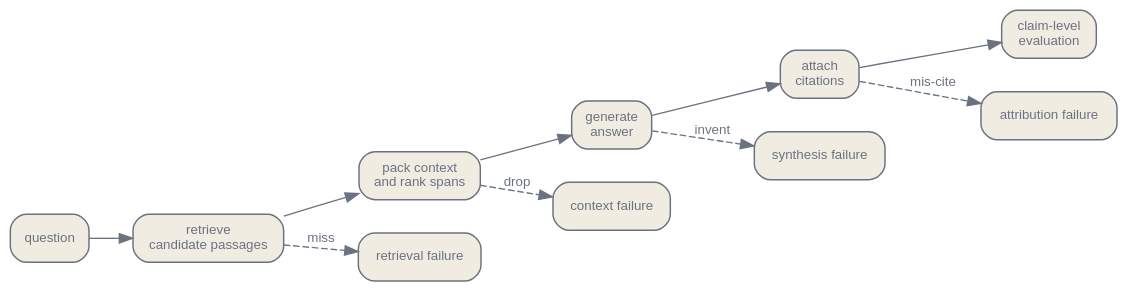
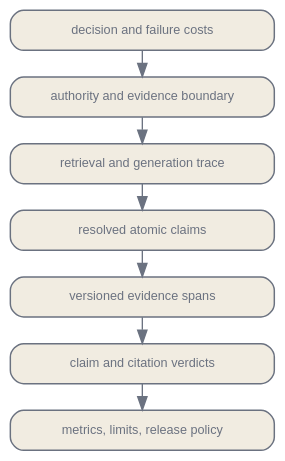
Before and after one commit to latere-ai/ai-as-an-infrastructure: the diagram in en/evaluation/05-factuality-grounding.qmd, drawn with Graphviz. The commit also changed other lines of this file and 5 other files, not shown here.

Commit message:
docs: rewrite factuality and grounding contract

````diff
--- a/en/evaluation/05-factuality-grounding.qmd
+++ b/en/evaluation/05-factuality-grounding.qmd
@@ -81,26 +72,19 @@
 ```{dot}
-//| label: fig-factuality-rag-failure
-//| fig-cap: "Grounded generation has separate failure surfaces. Retrieval, context selection, synthesis, and citation attachment can each fail independently, so one aggregate answer score cannot explain where the factuality error came from."
+//| label: fig-factuality-evidence-contract
+//| fig-cap: "A factuality result is reproducible only when the decision, evidence boundary, system trace, claims, evidence spans, verdicts, and release policy retain their provenance."
 digraph {
   bgcolor="transparent";
-  rankdir=LR;
-  nodesep=0.35; ranksep=0.45;
-  node [shape=box, style="rounded,filled", fontname="Helvetica", fontsize=10, color="#6b7280", fontcolor="#6b7280", fillcolor="#f1ece1", penwidth=1.1];
-  edge [fontsize=10, fontname="Helvetica", color="#6b7280", fontcolor="#6b7280"];
-  Q [label="question"];
-  R [label="retrieve\ncandidate passages"];
-  K [label="pack context\nand rank spans"];
-  G [label="generate\nanswer"];
-  C [label="attach\ncitations"];
-  E [label="claim-level\nevaluation"];
-  Q -> R -> K -> G -> C -> E;
-  R -> F1 [label="miss", style=dashed];
-  K -> F2 [label="drop", style=dashed];
-  G -> F3 [label="invent", style=dashed];
-  C -> F4 [label="mis-cite", style=dashed];
-  F1 [label="retrieval failure"];
-  F2 [label="context failure"];
-  F3 [label="synthesis failure"];
-  F4 [label="attribution failure"];
+  rankdir=TB;
+  nodesep=0.22; ranksep=0.28;
+  node [shape=box, style="rounded,filled", fixedsize=true, width=2.75, height=0.42, fontname="Helvetica", fontsize=9.5, color="#6b7280", fontcolor="#6b7280", fillcolor="#f1ece1", penwidth=1.1];
+  edge [color="#6b7280", fontcolor="#6b7280"];
+  D [label="decision and failure costs"];
+  B [label="authority and evidence boundary"];
+  T [label="retrieval and generation trace"];
+  C [label="resolved atomic claims"];
+  E [label="versioned evidence spans"];
+  V [label="claim and citation verdicts"];
+  O [label="metrics, limits, release policy"];
+  D -> B -> T -> C -> E -> V -> O;
 }
 ```
````
